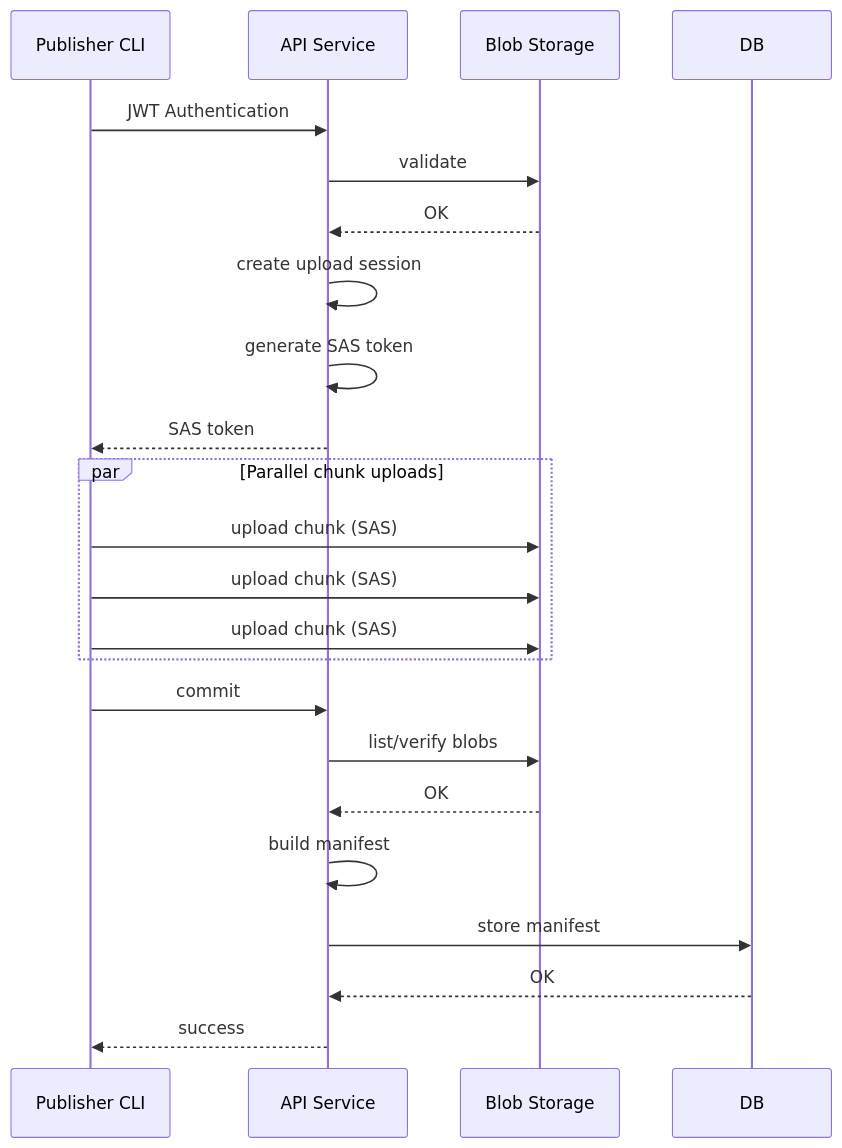
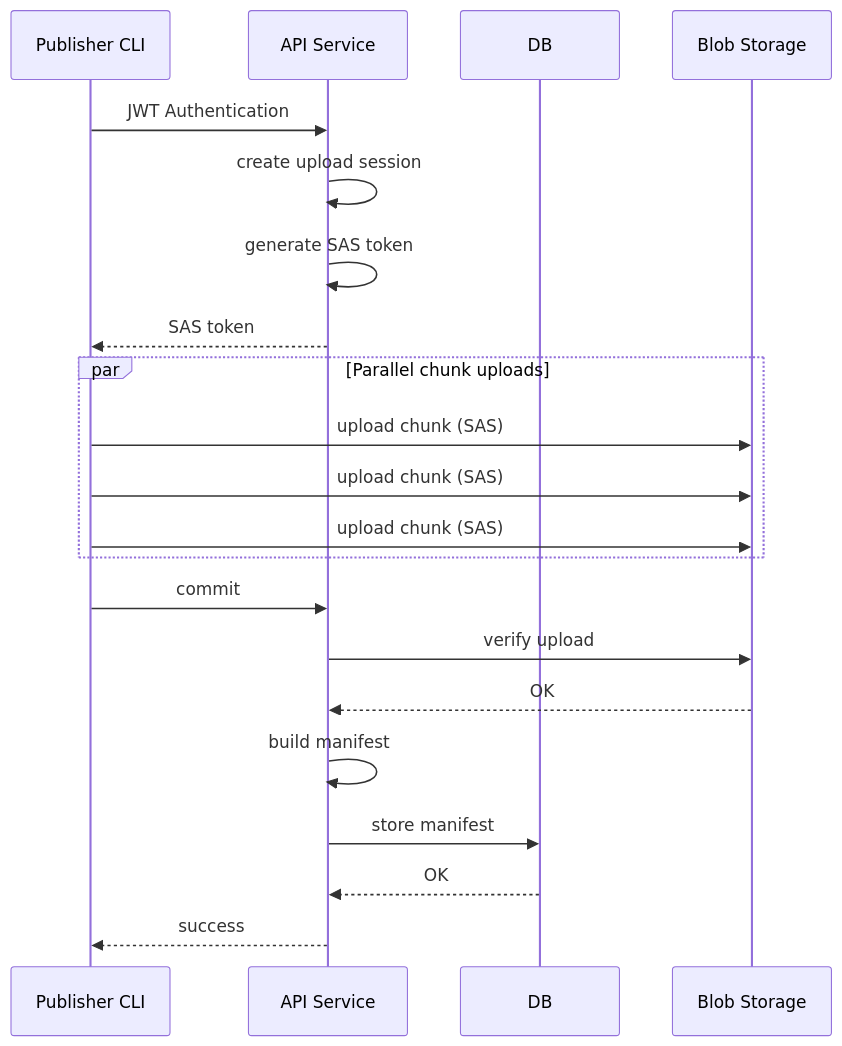
The second of 2 diagrams in README.md (pyshreyash/downme), drawn with Mermaid before and after one commit. The commit also changed other lines of this file, not shown here.

````diff
--- a/README.md
+++ b/README.md
@@ -43,35 +43,35 @@
 ```mermaid
 sequenceDiagram
 
     participant P as Publisher CLI
     participant A as API Service
+    participant D as DB
     participant B as Blob Storage
-    participant D as DB
+    
 
     P->>A: JWT Authentication
-    A->>B: validate
-    B-->>A: OK
+
 
     A->>A: create upload session
     A->>A: generate SAS token
 
     A-->>P: SAS token
 
     par Parallel chunk uploads
         P->>B: upload chunk (SAS)
         P->>B: upload chunk (SAS)
         P->>B: upload chunk (SAS)
     end
 
     P->>A: commit
 
-    A->>B: list/verify blobs
+    A->>B: verify upload
     B-->>A: OK
 
     A->>A: build manifest
 
     A->>D: store manifest
     D-->>A: OK
 
     A-->>P: success
 ```
````
